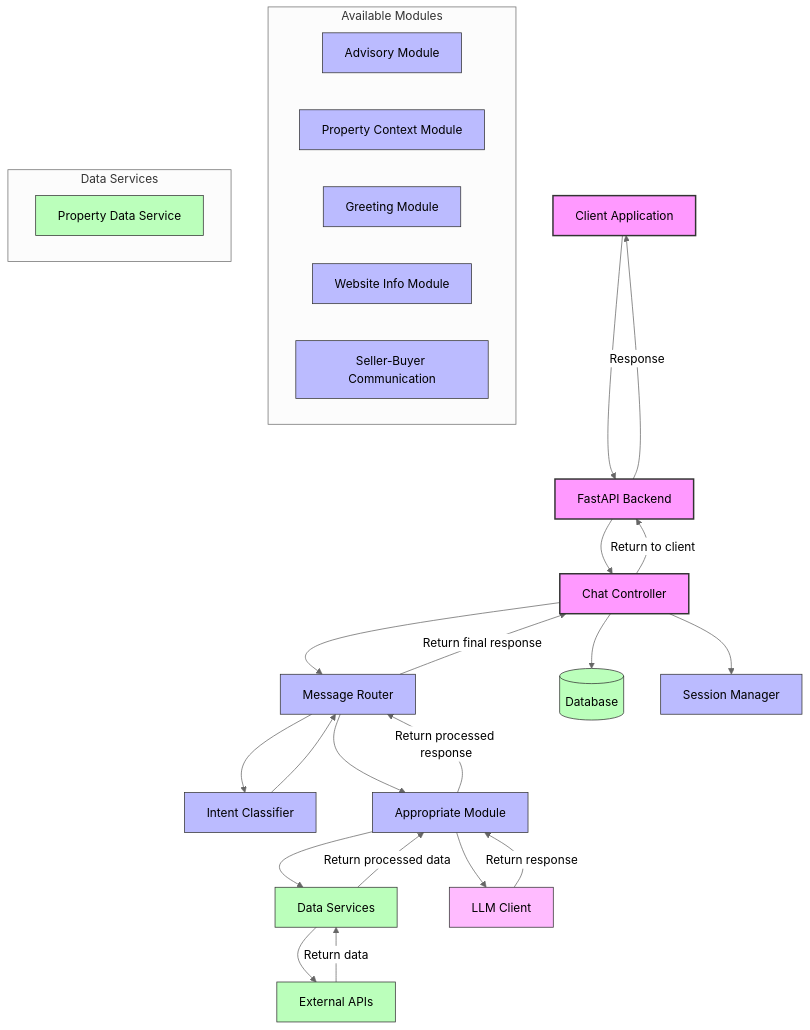
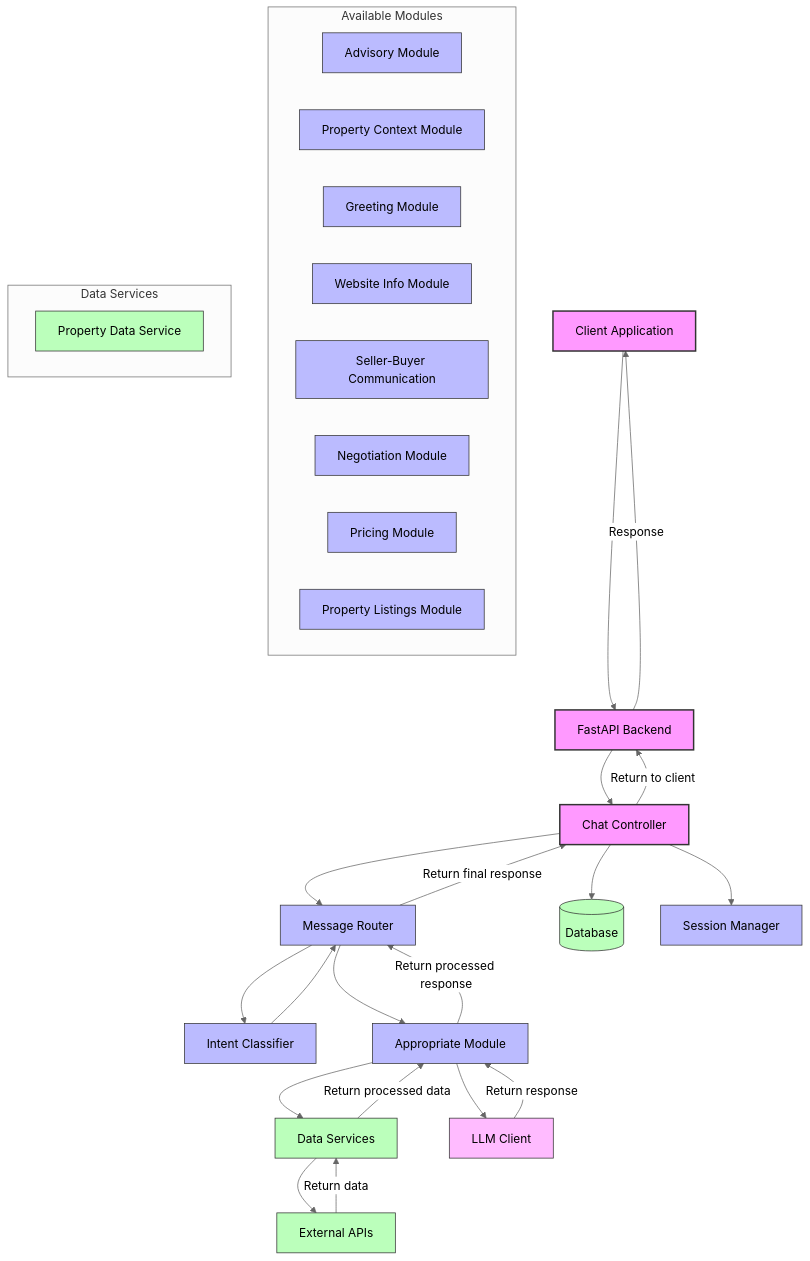
The diagram in diagrams/architecture_diagram.md (alexbull1999/MaiSON_Chatbot), drawn with Mermaid (neutral theme) before and after one commit. The commit also changed 1 other file, not shown here.

Commit message:
Small tweak to diagram

````diff
--- a/diagrams/architecture_diagram.md
+++ b/diagrams/architecture_diagram.md
@@ -1,51 +1,54 @@
 ```mermaid
 graph TD
     %% Main Flow
     Client[Client Application] --> API[FastAPI Backend]
     API --> Controller[Chat Controller]
     Controller --> Router[Message Router]
     Router --> Classifier[Intent Classifier]
     Classifier --> Router
     
     %% Module Selection (simplified)
     Router --> Modules[Appropriate Module]
     Modules --> DataServices[Data Services]
     DataServices --> ExternalAPIs[External APIs]
     ExternalAPIs --"Return data"--> DataServices
     DataServices --"Return processed data"--> Modules
     Modules --> LLM[LLM Client]
     LLM --"Return response"--> Modules
     Modules --"Return processed response"--> Router
     Router --"Return final response"--> Controller
     Controller --"Return to client"--> API
     API --"Response"--> Client
     
     %% Database Connection
     Controller --> Database[(Database)]
     Controller --> SessionManager[Session Manager]
     
     %% Module Types (listed separately)
     subgraph "Available Modules"
         Module1[Advisory Module]
         Module2[Property Context Module]
         Module3[Greeting Module]
         Module4[Website Info Module]
         Module5[Seller-Buyer Communication]
+        Module6[Negotiation Module]
+        Module7[Pricing Module]
+        Module8[Property Listings Module]
     end
     
     %% Data Services (listed separately)
     subgraph "Data Services"
         Service1[Property Data Service]
     end
     
     %% Styling
     classDef primary fill:#f9f,stroke:#333,stroke-width:2px
     classDef secondary fill:#bbf,stroke:#333,stroke-width:1px
     classDef data fill:#bfb,stroke:#333,stroke-width:1px
     classDef llm fill:#fbf,stroke:#333,stroke-width:1px
     
     class Client,API,Controller primary
-    class Router,Classifier,Modules,Module1,Module2,Module3,Module4,Module5,SessionManager secondary
+    class Router,Classifier,Modules,Module1,Module2,Module3,Module4,Module5,Module6,Module7,Module8,SessionManager secondary
     class Database,DataServices,Service1,ExternalAPIs data
     class LLM llm
 ``` 
````
